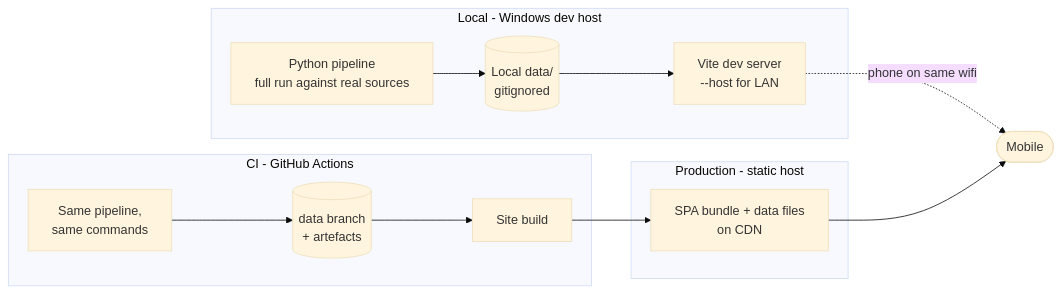
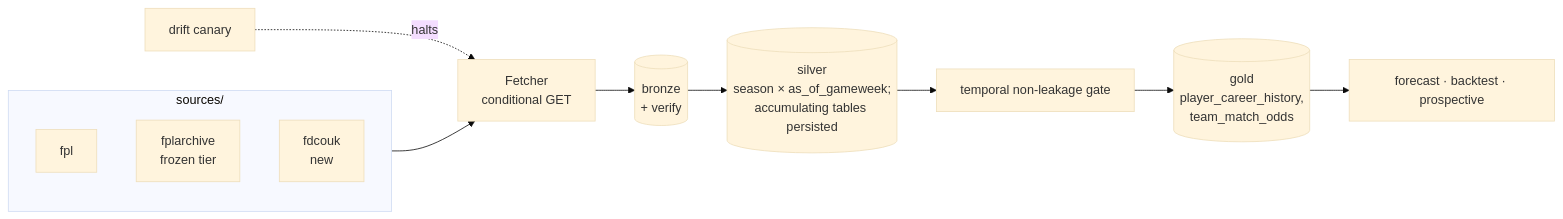
The fourth of 4 diagrams in docs/planning/03-solution-architecture.md (talonegg/fpl_dof2), drawn with Mermaid (base theme) before and after one commit. The commit also changed other lines of this file and 136 other files, not shown here.

First line of the commit message:
feat(docs): add R1.1.0 data pipeline improvement backlog and planning documentation

````diff
--- a/docs/planning/03-solution-architecture.md
+++ b/docs/planning/03-solution-architecture.md
@@ -340,24 +570,15 @@
 ```mermaid
 graph LR
-    subgraph local["Local - Windows dev host"]
-        LP["Python pipeline<br/>full run against real sources"]
-        LD[("Local data/<br/>gitignored")]
-        LV["Vite dev server<br/>--host for LAN"]
-        LP --> LD --> LV
+    subgraph src["sources/"]
+        FPL2["fpl"] 
+        ARC2["fplarchive<br/>frozen tier"]
+        FDC2["fdcouk<br/>new"]
     end
-
-    subgraph ci["CI - GitHub Actions"]
-        CP["Same pipeline,<br/>same commands"]
-        CD[("data branch<br/>+ artefacts")]
-        CB["Site build"]
-        CP --> CD --> CB
-    end
-
-    subgraph prod["Production - static host"]
-        PS["SPA bundle + data files<br/>on CDN"]
-    end
-
-    CB --> PS
-    LV -.->|"phone on same wifi"| PHONE(["Mobile"])
-    PS --> PHONE
+    FETCH["Fetcher<br/>conditional GET"] --> BRZ2[("bronze<br/>+ verify")]
+    src --> FETCH
+    CAN["drift canary"] -.->|"halts"| FETCH
+    BRZ2 --> SLV2[("silver<br/>season × as_of_gameweek;<br/>accumulating tables persisted")]
+    SLV2 --> TQ["temporal non-leakage gate"]
+    TQ --> GLD2[("gold<br/>player_career_history,<br/>team_match_odds")]
+    GLD2 --> FC2["forecast · backtest · prospective"]
 ```
````
